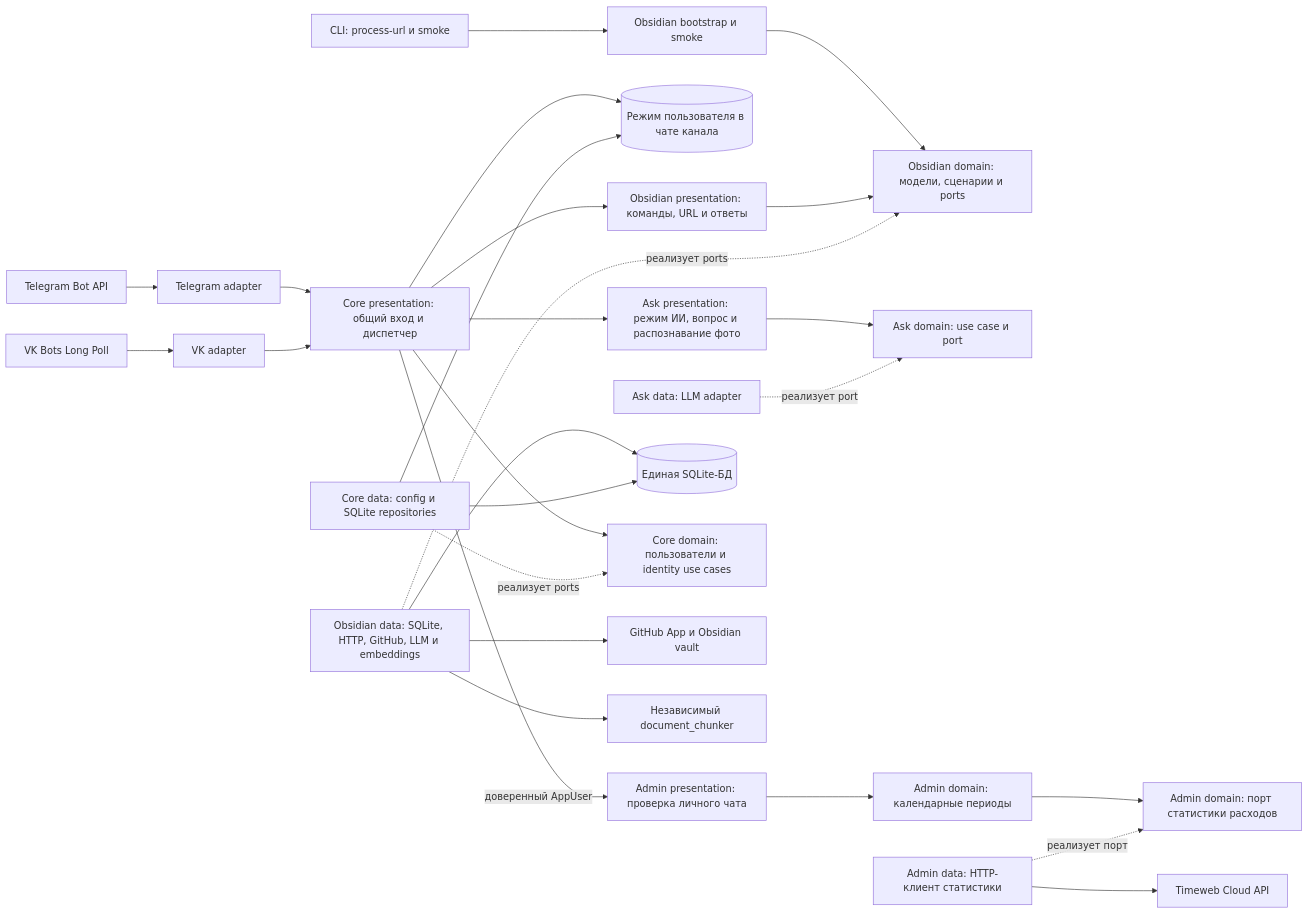
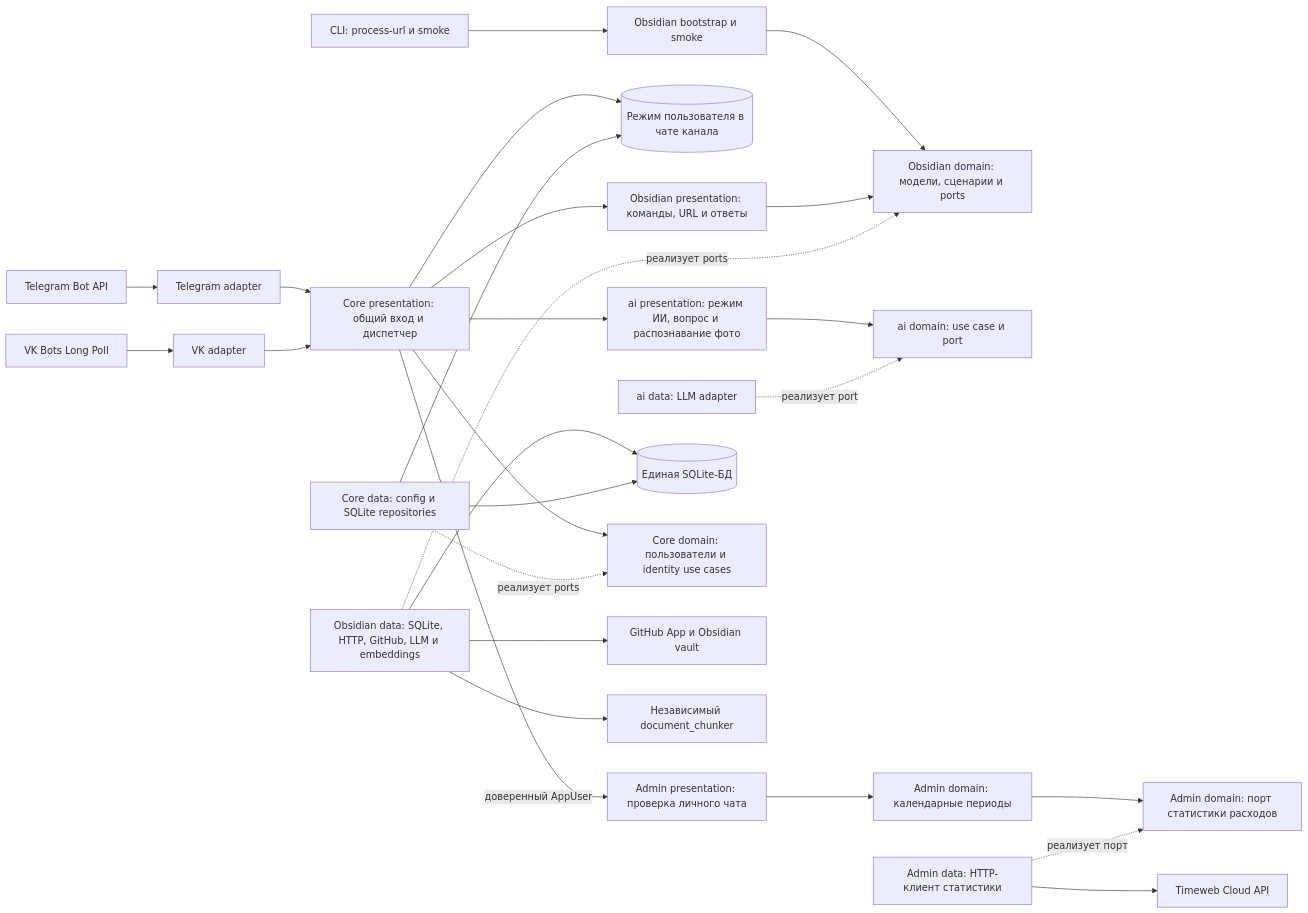
The first of 2 diagrams in docs/ARCHITECTURE.md (karateka-git/compadre-assistant), drawn with Mermaid before and after one commit. The commit also changed other lines of this file and 47 other files, not shown here.

````diff
--- a/docs/ARCHITECTURE.md
+++ b/docs/ARCHITECTURE.md
@@ -19,28 +19,28 @@
 ```mermaid
 flowchart LR
     TG[Telegram Bot API] --> TA[Telegram adapter]
     VK[VK Bots Long Poll] --> VA[VK adapter]
     CLI[CLI: process-url и smoke] --> OB[Obsidian bootstrap и smoke]
     OB --> OD[Obsidian domain: модели, сценарии и ports]
     TA --> IN[Core presentation: общий вход и диспетчер]
     VA --> IN
     IN --> MODE[(Режим пользователя в чате канала)]
     IN --> OP[Obsidian presentation: команды, URL и ответы]
     OP --> OD
-    IN --> AP[Ask presentation: режим ИИ, вопрос и распознавание фото]
-    AP --> AD[Ask domain: use case и port]
-    AM[Ask data: LLM adapter] -. реализует port .-> AD
+    IN --> AP[ai presentation: режим ИИ, вопрос и распознавание фото]
+    AP --> AD[ai domain: use case и port]
+    AM[ai data: LLM adapter] -. реализует port .-> AD
     IN -->|доверенный AppUser| ADM[Admin presentation: проверка личного чата]
     ADM --> AR[Admin domain: календарные периоды]
     AR --> UR[Admin domain: порт статистики расходов]
     TW[Admin data: HTTP-клиент статистики] -. реализует порт .-> UR
     TW --> API[Timeweb Cloud API]
     ODATA[Obsidian data: SQLite, HTTP, GitHub, LLM и embeddings] -. реализует ports .-> OD
     ODATA --> DB[(Единая SQLite-БД)]
     IN --> USERS[Core domain: пользователи и identity use cases]
     CDATA[Core data: config и SQLite repositories] -. реализует ports .-> USERS
     CDATA --> MODE
     CDATA --> DB
     ODATA --> GH[GitHub App и Obsidian vault]
     ODATA --> DC[Независимый document_chunker]
 ```
````
